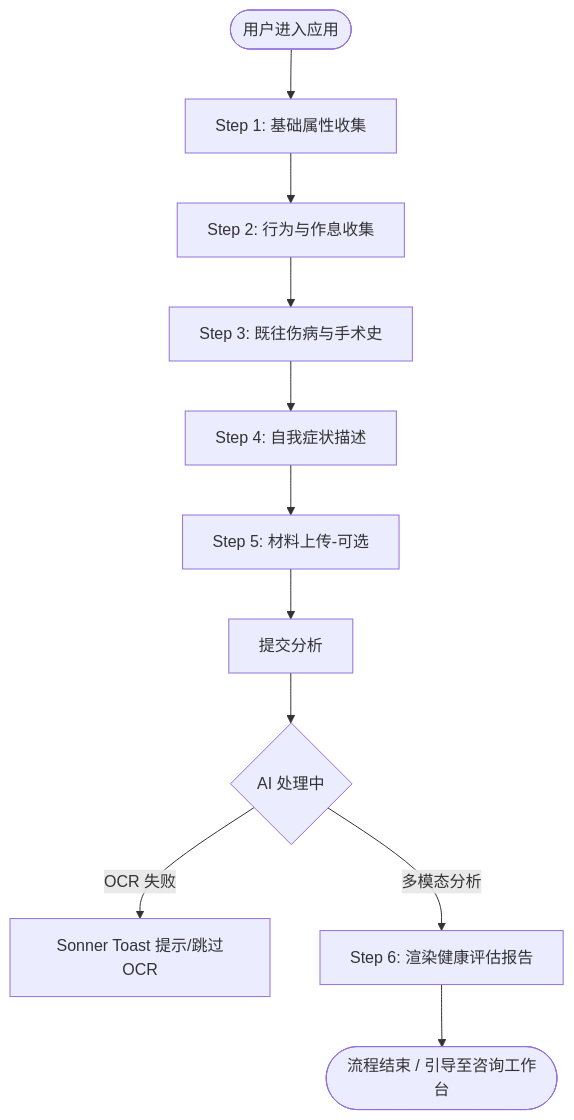
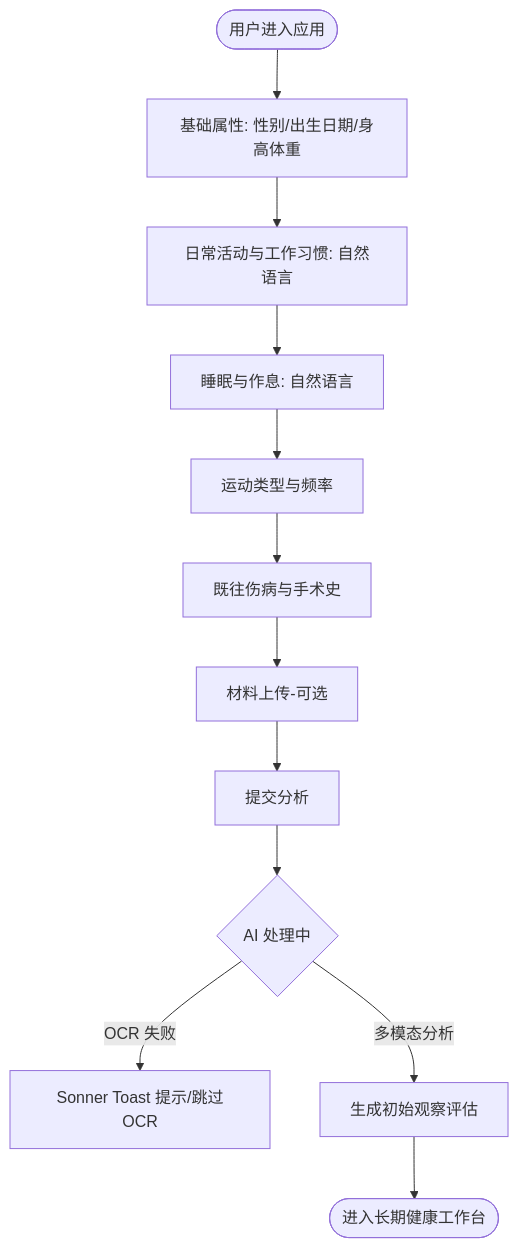
One commit to BakerSean168/BodySense changed the diagram in docs/feature_spec_onboarding_assessment.md. Above: the diagram before and after it, drawn with Mermaid. The commit also changed other lines of this file and 22 other files, not shown here.

````diff
--- a/docs/feature_spec_onboarding_assessment.md
+++ b/docs/feature_spec_onboarding_assessment.md
@@ -11,13 +13,14 @@
 ```mermaid
 graph TD
-    Start([用户进入应用]) --> Step1[Step 1: 基础属性收集]
-    Step1 --> Step2[Step 2: 行为与作息收集]
-    Step2 --> Step3[Step 3: 既往伤病与手术史]
-    Step3 --> Step4[Step 4: 自我症状描述]
-    Step4 --> Step5[Step 5: 材料上传-可选]
-    Step5 --> Submit[提交分析]
+    Start([用户进入应用]) --> Basic[基础属性: 性别/出生日期/身高体重]
+    Basic --> Activity[日常活动与工作习惯: 自然语言]
+    Activity --> Sleep[睡眠与作息: 自然语言]
+    Sleep --> Exercise[运动类型与频率]
+    Exercise --> History[既往伤病与手术史]
+    History --> Upload[材料上传-可选]
+    Upload --> Submit[提交分析]
     Submit --> Loading{AI 处理中}
     Loading -- OCR 失败 --> Toast[Sonner Toast 提示/跳过OCR]
-    Loading -- 多模态分析 --> Report[Step 6: 渲染健康评估报告]
-    Report --> End([流程结束 / 引导至咨询工作台])
+    Loading -- 多模态分析 --> Report[生成初始观察评估]
+    Report --> End([进入长期健康工作台])
 ```
````
